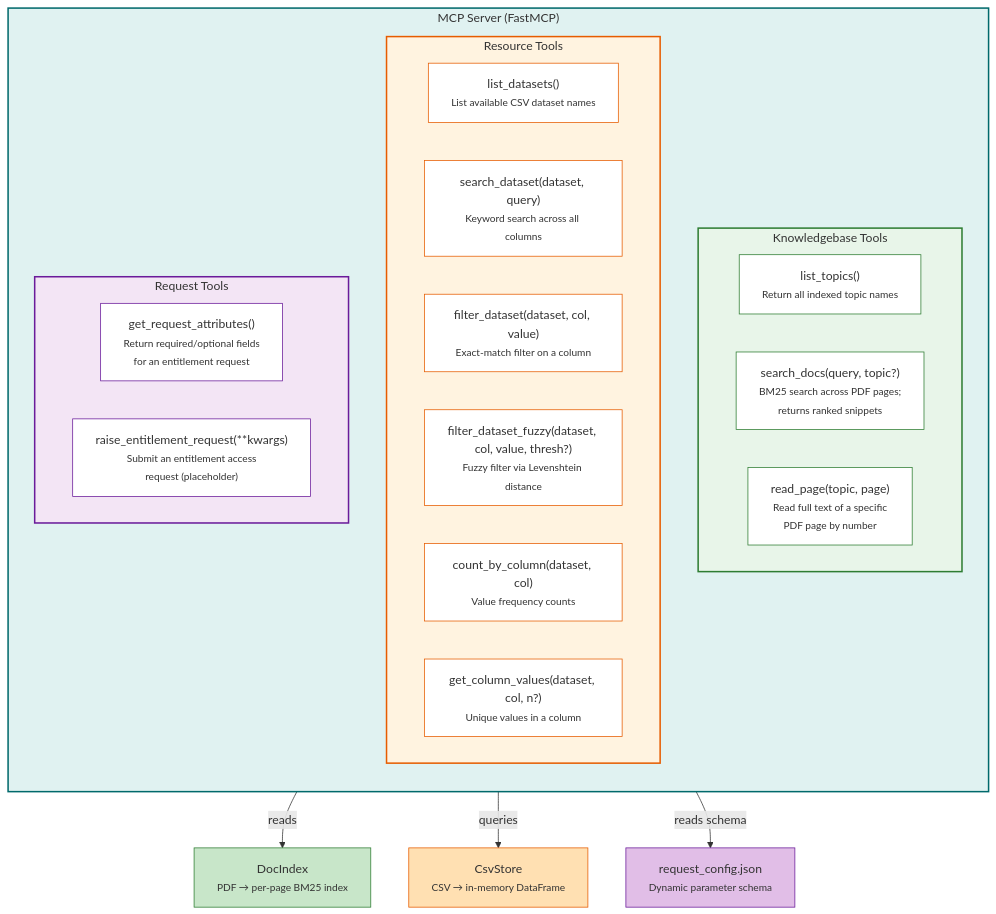
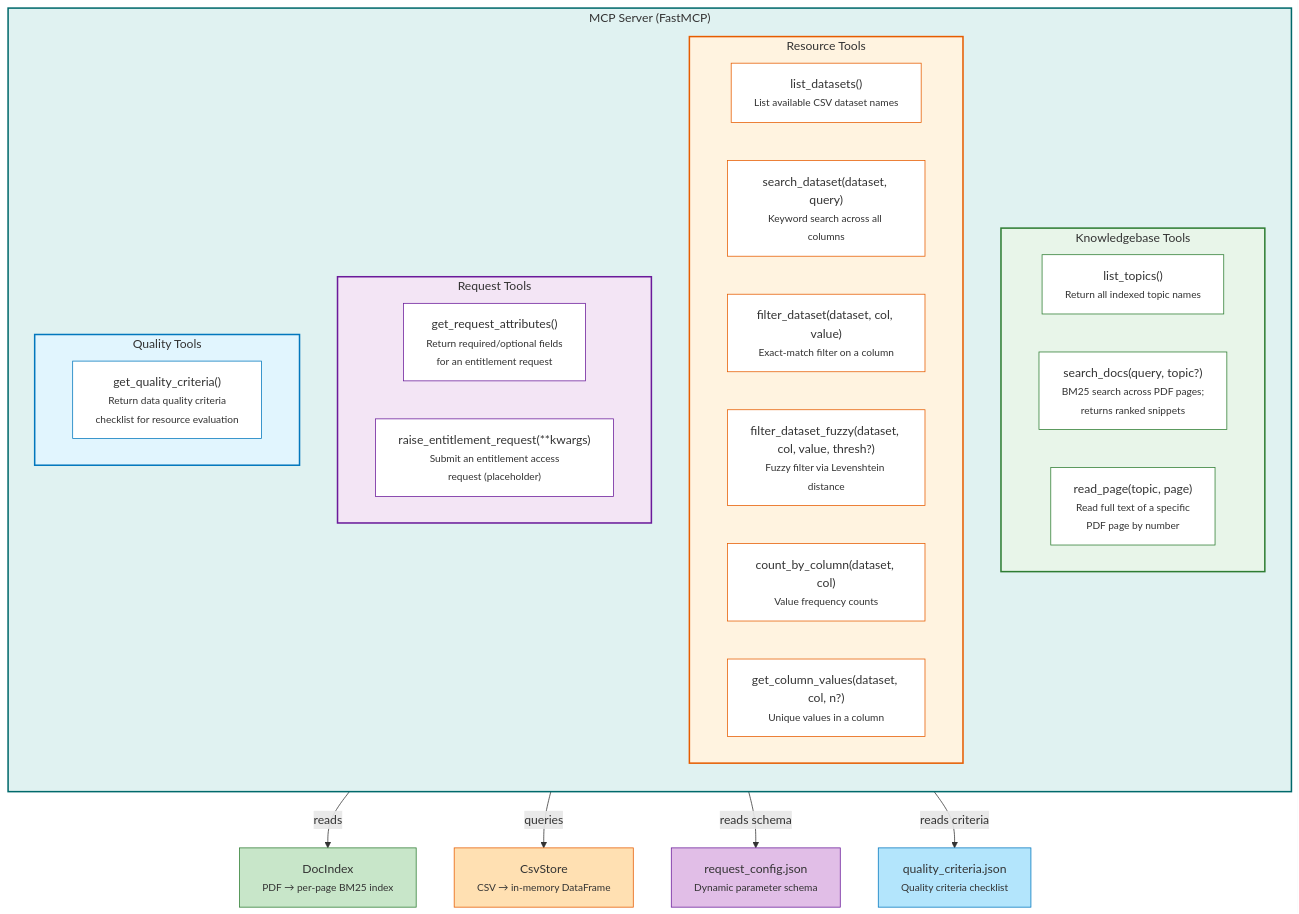
Before and after one commit to vsrajan/AgenticAI: the third of 3 diagrams in docs/architecture.md, drawn with Mermaid. The commit also changed other lines of this file and 4 other files, not shown here.

First line of the commit message:
Add DataQualityChecker specialist node with 21 quality criteria

````diff
--- a/docs/architecture.md
+++ b/docs/architecture.md
@@ -137,49 +157,57 @@
 ```mermaid
 graph TD
     subgraph MCP_SERVER ["MCP Server (FastMCP)"]
         direction TB
 
         subgraph KB_GROUP ["Knowledgebase Tools"]
             T1["list_topics()<br/><small>Return all indexed topic names</small>"]
             T2["search_docs(query, topic?)<br/><small>BM25 search across PDF pages;<br/>returns ranked snippets</small>"]
             T3["read_page(topic, page)<br/><small>Read full text of a specific<br/>PDF page by number</small>"]
         end
 
         subgraph RES_GROUP ["Resource Tools"]
             T4["list_datasets()<br/><small>List available CSV dataset names</small>"]
             T5["search_dataset(dataset, query)<br/><small>Keyword search across all columns</small>"]
             T6["filter_dataset(dataset, col, value)<br/><small>Exact-match filter on a column</small>"]
             T7["filter_dataset_fuzzy(dataset, col, value, thresh?)<br/><small>Fuzzy filter via Levenshtein distance</small>"]
             T8["count_by_column(dataset, col)<br/><small>Value frequency counts</small>"]
             T9["get_column_values(dataset, col, n?)<br/><small>Unique values in a column</small>"]
         end
 
         subgraph REQ_GROUP ["Request Tools"]
             T10["get_request_attributes()<br/><small>Return required/optional fields<br/>for an entitlement request</small>"]
             T11["raise_entitlement_request(**kwargs)<br/><small>Submit an entitlement access<br/>request (placeholder)</small>"]
         end
+
+        subgraph QUAL_GROUP ["Quality Tools"]
+            T12["get_quality_criteria()<br/><small>Return data quality criteria<br/>checklist for resource evaluation</small>"]
+        end
     end
 
     KB_GROUP -->|"reads"| DOC_IDX["DocIndex<br/><small>PDF → per-page BM25 index</small>"]
     RES_GROUP -->|"queries"| CSV_STORE["CsvStore<br/><small>CSV → in-memory DataFrame</small>"]
     REQ_GROUP -->|"reads schema"| REQ_CFG["request_config.json<br/><small>Dynamic parameter schema</small>"]
+    QUAL_GROUP -->|"reads criteria"| QUAL_CFG["quality_criteria.json<br/><small>Quality criteria checklist</small>"]
 
     style MCP_SERVER fill:#e0f2f1,stroke:#00696b,stroke-width:2px
     style KB_GROUP fill:#e8f5e9,stroke:#2e7d32,stroke-width:2px
     style RES_GROUP fill:#fff3e0,stroke:#e65c00,stroke-width:2px
     style REQ_GROUP fill:#f3e5f5,stroke:#6a1b9a,stroke-width:2px
     style DOC_IDX fill:#c8e6c9,stroke:#2e7d32,stroke-width:1px
     style CSV_STORE fill:#ffe0b2,stroke:#e65c00,stroke-width:1px
     style REQ_CFG fill:#e1bee7,stroke:#6a1b9a,stroke-width:1px
     style T1 fill:#fff,stroke:#2e7d32
     style T2 fill:#fff,stroke:#2e7d32
     style T3 fill:#fff,stroke:#2e7d32
     style T4 fill:#fff,stroke:#e65c00
     style T5 fill:#fff,stroke:#e65c00
     style T6 fill:#fff,stroke:#e65c00
     style T7 fill:#fff,stroke:#e65c00
     style T8 fill:#fff,stroke:#e65c00
     style T9 fill:#fff,stroke:#e65c00
     style T10 fill:#fff,stroke:#6a1b9a
     style T11 fill:#fff,stroke:#6a1b9a
+    style QUAL_GROUP fill:#e1f5fe,stroke:#0277bd,stroke-width:2px
+    style QUAL_CFG fill:#b3e5fc,stroke:#0277bd,stroke-width:1px
+    style T12 fill:#fff,stroke:#0277bd
 ```
````
